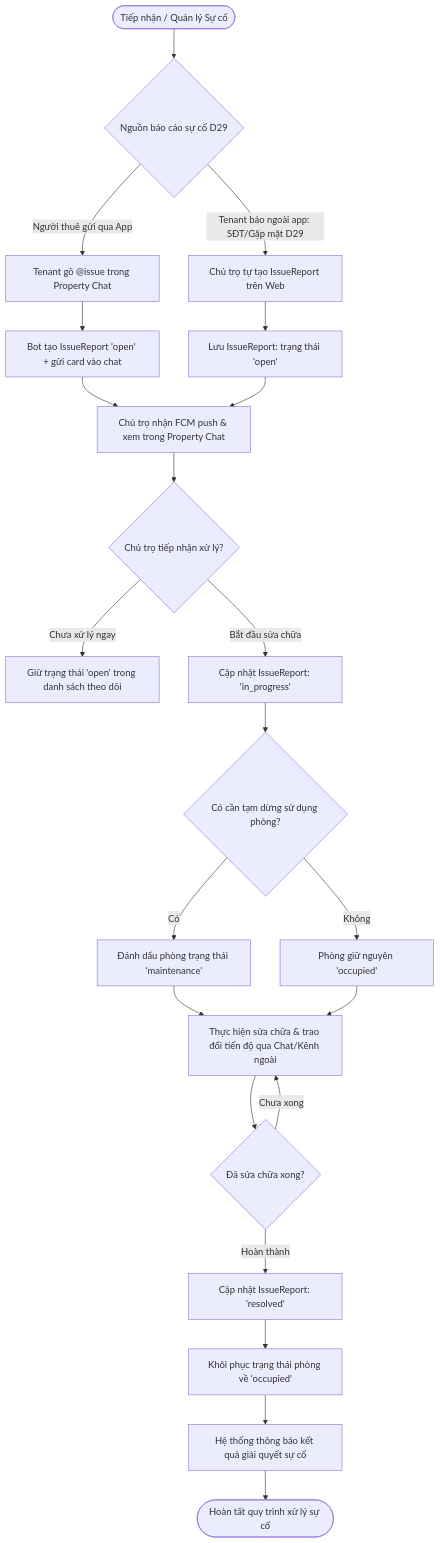
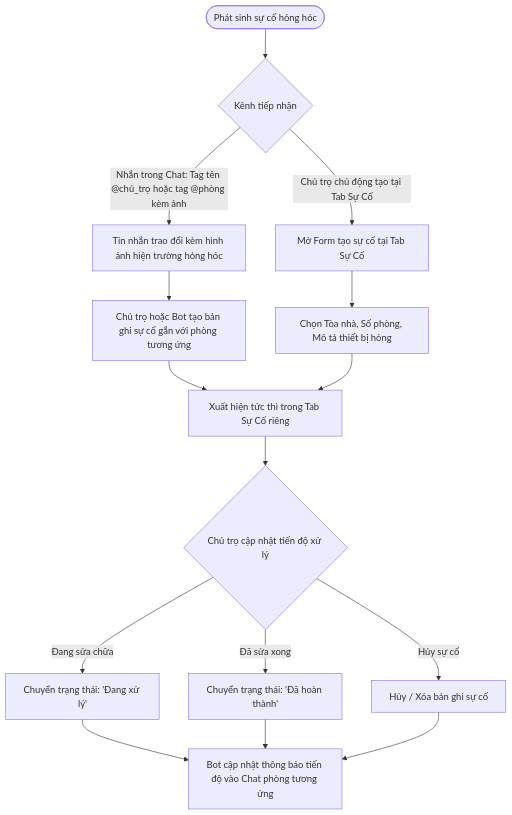
The eighth of 9 diagrams in phase-1/discovery/user_flow/landlord_user_flow.md (pbl6-home-renter/docs), drawn with Mermaid before and after one commit. The commit also changed other lines of this file and 7 other files, not shown here.

Commit message:
feat: update userflow and admin - landlord web wireframe

````diff
--- a/phase-1/discovery/user_flow/landlord_user_flow.md
+++ b/phase-1/discovery/user_flow/landlord_user_flow.md
@@ -244,32 +215,24 @@
 ```mermaid
 flowchart TD
-    StartIssue([Tiếp nhận / Quản lý Sự cố]) --> IssueSource{Nguồn báo cáo sự cố D29}
+    StartIssue([Phát sinh sự cố hỏng hóc]) --> ReportChannel{Kênh tiếp nhận}
     
-    IssueSource -->|Người thuê gửi qua App| TenantMsg[Tenant gõ @issue trong Property Chat]
-    TenantMsg --> BotCreateCard[Bot tạo IssueReport 'open' + gửi card vào chat]
+    %% Tiếp nhận qua Chat bằng Tag tên / Tag phòng
+    ReportChannel -->|Nhắn trong Chat: Tag tên @chủ_trọ hoặc tag @phòng kèm ảnh| ChatMessage[Tin nhắn trao đổi kèm hình ảnh hiện trường hỏng hóc]
+    ChatMessage --> CreateFromChat[Chủ trọ hoặc Bot tạo bản ghi sự cố gắn với phòng tương ứng]
+    CreateFromChat --> SyncToIssueTab[Xuất hiện tức thì trong Tab Sự Cố riêng]
     
-    IssueSource -->|Tenant báo ngoài app: SĐT/Gặp mặt D29| LandlordManual[Chủ trọ tự tạo IssueReport trên Web]
-    LandlordManual --> CreateIssueRec[Lưu IssueReport: trạng thái 'open']
+    %% Tiếp nhận trực tiếp tại Tab Sự Cố
+    ReportChannel -->|Chủ trọ chủ động tạo tại Tab Sự Cố| FormIssue[Mở Form tạo sự cố tại Tab Sự Cố]
+    FormIssue --> InputIssueData[Chọn Tòa nhà, Số phòng, Mô tả thiết bị hỏng]
+    InputIssueData --> SyncToIssueTab
     
-    BotCreateCard --> LandlordNotified[Chủ trọ nhận FCM push & xem trong Property Chat]
-    CreateIssueRec --> LandlordNotified
+    %% Xử lý tại Tab Sự Cố
+    SyncToIssueTab --> ProcessIssue{Chủ trọ cập nhật tiến độ xử lý}
+    ProcessIssue -->|Đang sửa chữa| SetProgress[Chuyển trạng thái: 'Đang xử lý']
+    ProcessIssue -->|Đã sửa xong| SetResolved[Chuyển trạng thái: 'Đã hoàn thành']
+    ProcessIssue -->|Hủy sự cố| SetCancelled[Hủy / Xóa bản ghi sự cố]
     
-    LandlordNotified --> AssessIssue{Chủ trọ tiếp nhận xử lý?}
-    AssessIssue -->|Chưa xử lý ngay| KeepOpen[Giữ trạng thái 'open' trong danh sách theo dõi]
-    AssessIssue -->|Bắt đầu sửa chữa| ChangeInProgress[Cập nhật IssueReport: 'in_progress']
-    
-    ChangeInProgress --> RoomMaintCheck{Có cần tạm dừng sử dụng phòng?}
-    RoomMaintCheck -->|Có| SetRoomMaint[Đánh dấu phòng trạng thái 'maintenance']
-    RoomMaintCheck -->|Không| MaintainNormal[Phòng giữ nguyên 'occupied']
-    
-    SetRoomMaint --> DoRepair[Thực hiện sửa chữa & trao đổi tiến độ qua Chat/Kênh ngoài]
-    MaintainNormal --> DoRepair
-    
-    DoRepair --> RepairFinished{Đã sửa chữa xong?}
-    RepairFinished -->|Chưa xong| DoRepair
-    RepairFinished -->|Hoàn thành| MarkResolved[Cập nhật IssueReport: 'resolved']
-    
-    MarkResolved --> RestoreRoom[Khôi phục trạng thái phòng về 'occupied']
-    RestoreRoom --> NotifyChatDone[Hệ thống thông báo kết quả giải quyết sự cố]
-    NotifyChatDone --> EndIssue([Hoàn tất quy trình xử lý sự cố])
+    SetProgress --> UpdateChatNoti[Bot cập nhật thông báo tiến độ vào Chat phòng tương ứng]
+    SetResolved --> UpdateChatNoti
+    SetCancelled --> UpdateChatNoti
 ```
````
